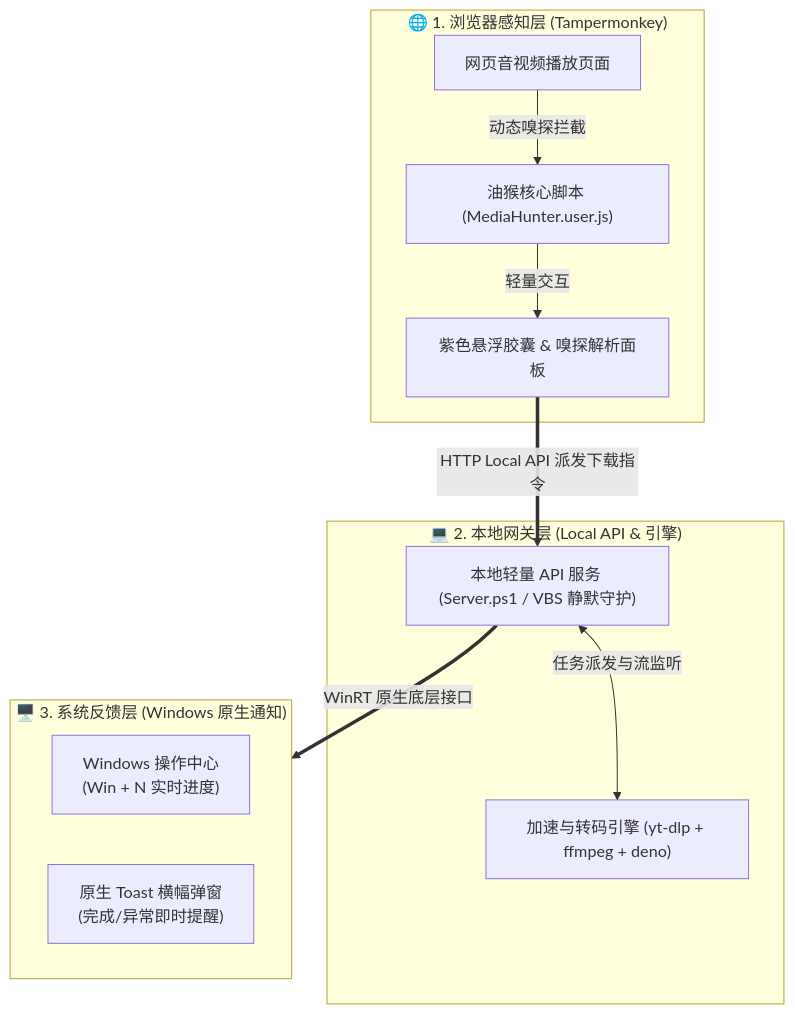
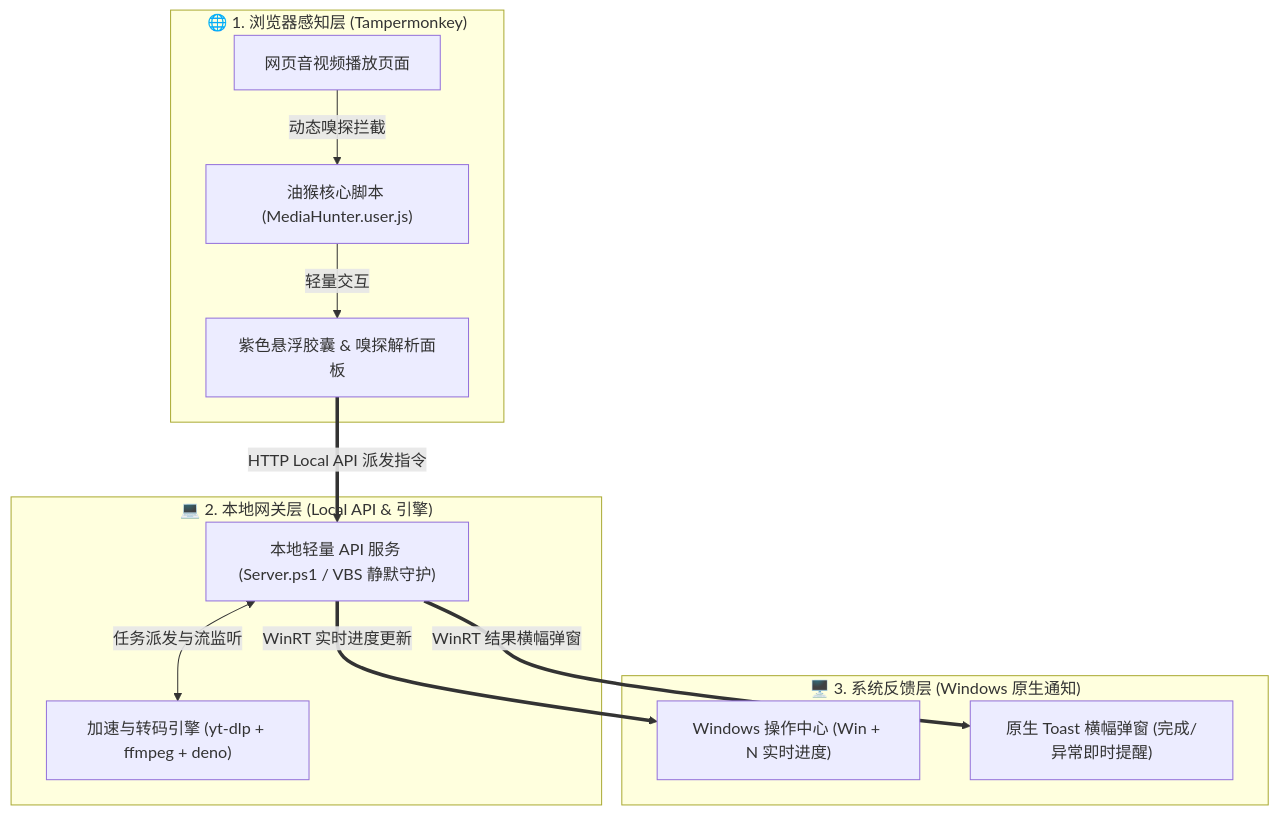
One commit to yudong2ao/yudong2ao.github.io changed the diagram in src/content/posts/media-hunter.md. Above: the diagram before and after it, drawn with Mermaid. The commit also changed 1 other file, not shown here.

Commit message:
fix: 优化全屏图表画板高对比度视觉呈现与子图层级连线

````diff
--- a/src/content/posts/media-hunter.md
+++ b/src/content/posts/media-hunter.md
@@ -48,22 +48,22 @@
 ```mermaid
 flowchart TD
     subgraph Browser ["🌐 1. 浏览器感知层 (Tampermonkey)"]
         Page["网页音视频播放页面"] --> |动态嗅探拦截| Hook["油猴核心脚本 (MediaHunter.user.js)"]
         Hook --> |轻量交互| UI["紫色悬浮胶囊 & 嗅探解析面板"]
     end
 
     subgraph LocalGateway ["💻 2. 本地网关层 (Local API & 引擎)"]
         Server["本地轻量 API 服务 (Server.ps1 / VBS 静默守护)"]
         Engine["加速与转码引擎 (yt-dlp + ffmpeg + deno)"]
         Server <--> |任务派发与流监听| Engine
     end
 
     subgraph SystemUI ["🖥️ 3. 系统反馈层 (Windows 原生通知)"]
-        direction LR
-        ActionCenter["Windows 操作中心<br/>(Win + N 实时进度)"]
-        Toast["原生 Toast 横幅弹窗<br/>(完成/异常即时提醒)"]
+        ActionCenter["Windows 操作中心 (Win + N 实时进度)"]
+        Toast["原生 Toast 横幅弹窗 (完成/异常即时提醒)"]
     end
 
-    UI ==> |HTTP Local API 派发下载指令| Server
-    Server ==> |WinRT 原生底层接口| SystemUI
+    UI ==> |HTTP Local API 派发指令| Server
+    Server ==> |WinRT 实时进度更新| ActionCenter
+    Server ==> |WinRT 结果横幅弹窗| Toast
 ```
````
